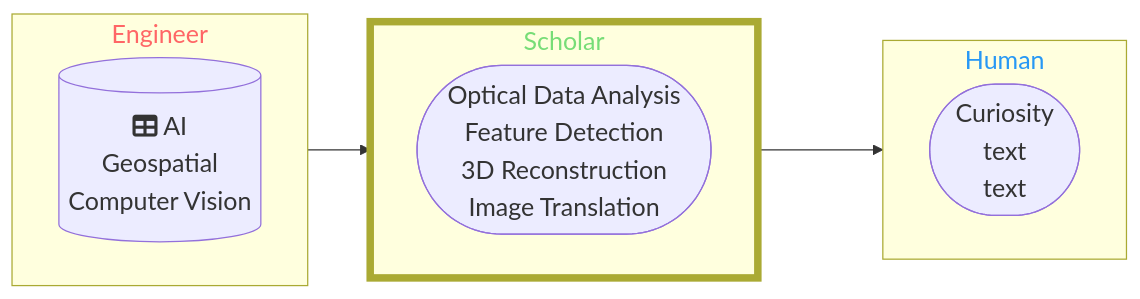
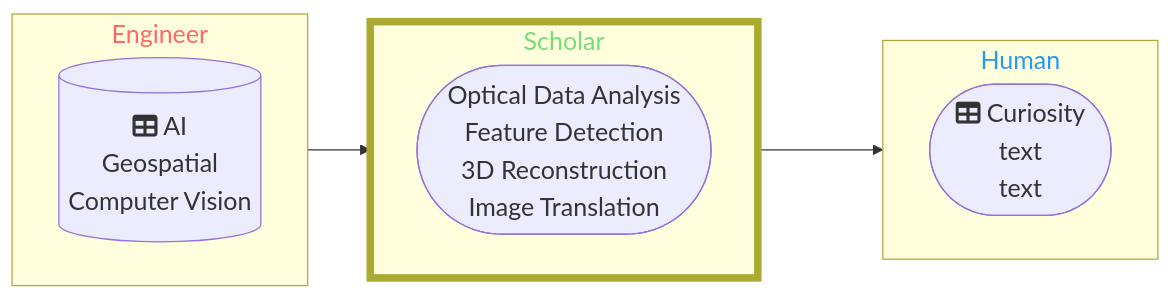
One commit to DippoldEJ/DippoldEJ changed the first of 2 diagrams in README.md. Above: the diagram before and after it, drawn with Mermaid.

````diff
--- a/README.md
+++ b/README.md
@@ -3,33 +3,33 @@
 ```mermaid
 flowchart LR;
 %%{init: {
 	'themeVariables': { 'fontSize': '20px', 'fontFamily': 'Didot'}
 	}
 }%%
 
 subgraph n[Engineer]
 direction LR;
         b[(fa:fa-table AI <br> Geospatial <br> Computer Vision)]
     end
 
 subgraph o[Scholar]
 direction LR;
         j([Optical Data Analysis <br> Feature Detection <br> 3D Reconstruction <br> Image Translation])
 
     end
 
  subgraph p[Human]
   direction LR;
-    a([Curiosity <br /> text  <br />  text])
+    a([fa:fa-table Curiosity <br /> text  <br />  text])
     end
 
 style n color:#f66
 style o stroke-width:6px
 style o color:#77DD77
 style p color:#2798F5
 
 
 n-->o
 o-->p
 
 ```
````
